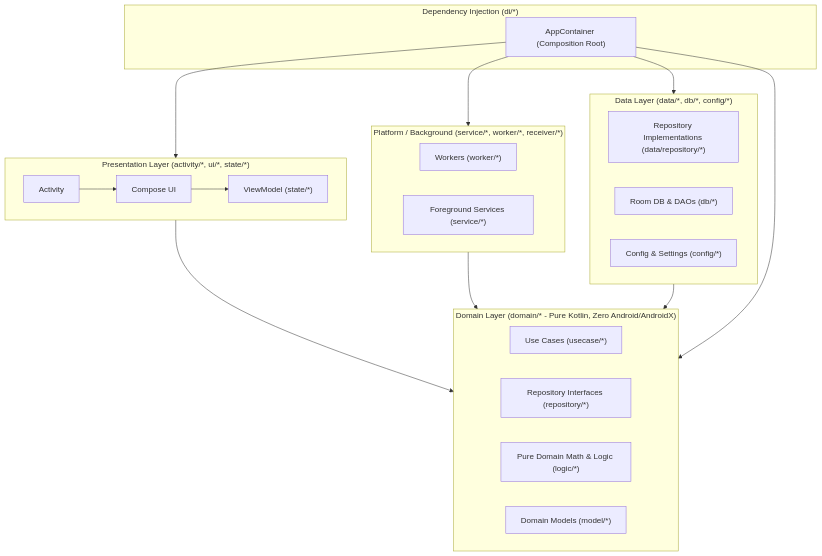
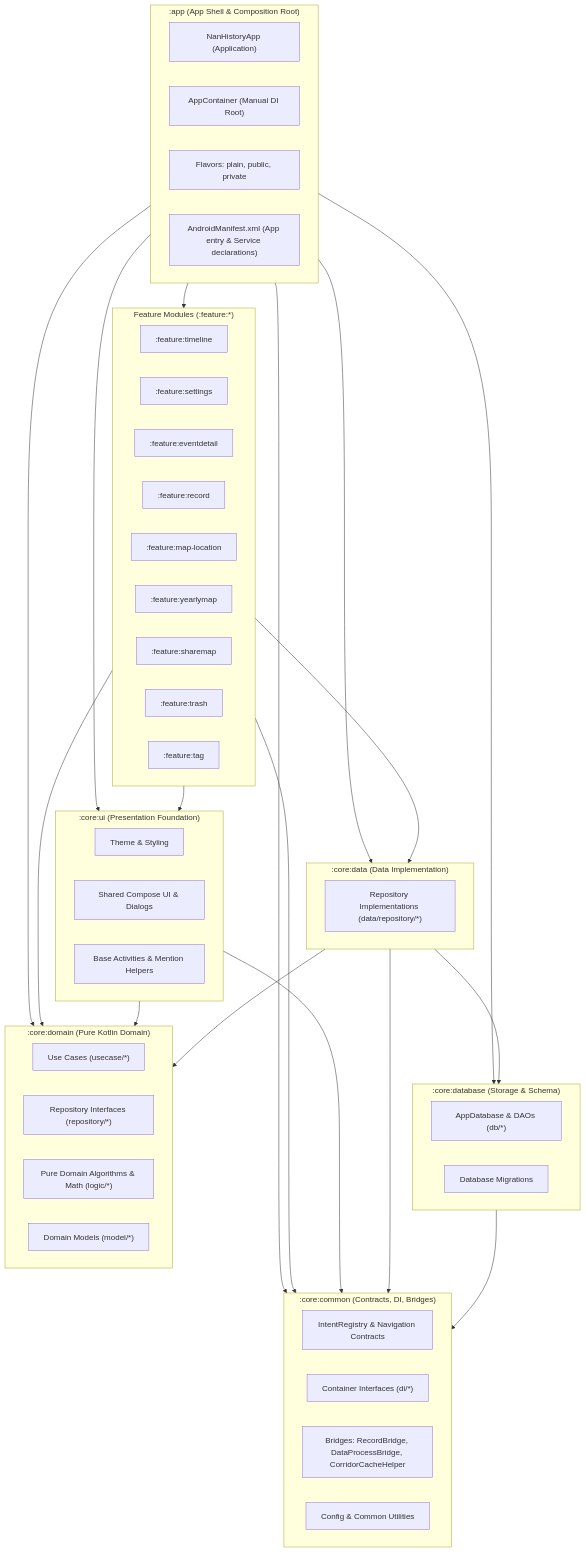
Before and after one commit to notnancldr/nanhistory_app: the diagram in docs/architecture.md, drawn with Mermaid. The commit also changed other lines of this file and 2 other files, not shown here.

Commit message:
docs(arch): update architecture and packages documentation for feature+core multi-module

````diff
--- a/docs/architecture.md
+++ b/docs/architecture.md
@@ -23,37 +23,71 @@
 ```mermaid
 flowchart TD
-    subgraph Presentation["Presentation Layer (activity/*, ui/*, state/*)"]
-        Activity["Activity"] --> UI["Compose UI"]
-        UI --> ViewModel["ViewModel (state/*)"]
+    subgraph AppShell[":app (App Shell & Composition Root)"]
+        NanHistoryApp["NanHistoryApp (Application)"]
+        AppContainer["AppContainer (Manual DI Root)"]
+        BuildFlavors["Flavors: plain, public, private"]
+        ManifestRoot["AndroidManifest.xml (App entry & Service declarations)"]
     end
 
-    subgraph DI["Dependency Injection (di/*)"]
-        AppContainer["AppContainer (Composition Root)"]
+    subgraph Features["Feature Modules (:feature:*)"]
+        FTimeline[":feature:timeline"]
+        FSettings[":feature:settings"]
+        FEventDetail[":feature:eventdetail"]
+        FRecord[":feature:record"]
+        FMapLocation[":feature:map-location"]
+        FYearlyMap[":feature:yearlymap"]
+        FShareMap[":feature:sharemap"]
+        FTrash[":feature:trash"]
+        FTag[":feature:tag"]
     end
 
-    subgraph Domain["Domain Layer (domain/* - Pure Kotlin, Zero Android/AndroidX)"]
+    subgraph CoreUI[":core:ui (Presentation Foundation)"]
+        Theme["Theme & Styling"]
+        Components["Shared Compose UI & Dialogs"]
+        BaseActivities["Base Activities & Mention Helpers"]
+    end
+
+    subgraph CoreData[":core:data (Data Implementation)"]
+        RepoImpl["Repository Implementations (data/repository/*)"]
+    end
+
+    subgraph CoreDB[":core:database (Storage & Schema)"]
+        RoomDB["AppDatabase & DAOs (db/*)"]
+        Migrations["Database Migrations"]
+    end
+
+    subgraph CoreDomain[":core:domain (Pure Kotlin Domain)"]
         UseCase["Use Cases (usecase/*)"]
-        RepositoryPort["Repository Interfaces (repository/*)"]
-        DomainLogic["Pure Domain Math & Logic (logic/*)"]
+        RepoPorts["Repository Interfaces (repository/*)"]
+        DomainLogic["Pure Domain Algorithms & Math (logic/*)"]
         DomainModel["Domain Models (model/*)"]
     end
 
-    subgraph Data["Data Layer (data/*, db/*, config/*)"]
-        RepoImpl["Repository Implementations (data/repository/*)"]
-        RoomDB["Room DB & DAOs (db/*)"]
-        ConfigStorage["Config & Settings (config/*)"]
+    subgraph CoreCommon[":core:common (Contracts, DI, Bridges)"]
+        IntentRegistry["IntentRegistry & Navigation Contracts"]
+        DIInterfaces["Container Interfaces (di/*)"]
+        Bridges["Bridges: RecordBridge, DataProcessBridge, CorridorCacheHelper"]
+        Config["Config & Common Utilities"]
     end
 
-    subgraph Platform["Platform / Background (service/*, worker/*, receiver/*)"]
-        Workers["Workers (worker/*)"]
-        Services["Foreground Services (service/*)"]
-    end
+    AppShell --> Features
+    AppShell --> CoreData
+    AppShell --> CoreDB
+    AppShell --> CoreDomain
+    AppShell --> CoreCommon
+    AppShell --> CoreUI
 
-    Presentation --> Domain
-    Platform --> Domain
-    Data --> Domain
-    AppContainer --> Presentation
-    AppContainer --> Domain
-    AppContainer --> Data
-    AppContainer --> Platform
+    Features --> CoreUI
+    Features --> CoreDomain
+    Features --> CoreCommon
+    Features --> CoreData
+
+    CoreUI --> CoreDomain
+    CoreUI --> CoreCommon
+
+    CoreData --> CoreDomain
+    CoreData --> CoreDB
+    CoreData --> CoreCommon
+
+    CoreDB --> CoreCommon
 ```
````
